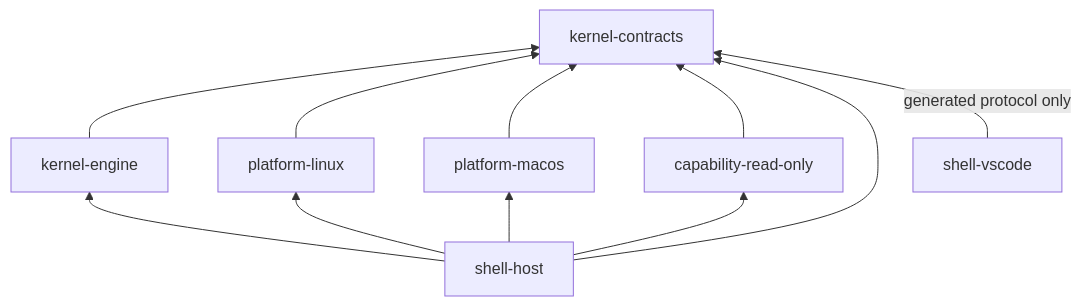
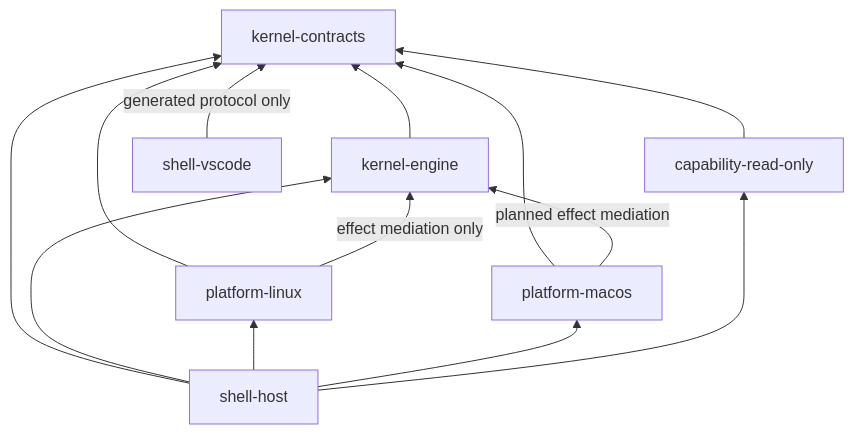
Before and after one commit to AaronNHorvitz/AgentMage: the first of 2 diagrams in docs/architecture/dependency-direction.md, drawn with Mermaid. The commit also changed other lines of this file and 22 other files, not shown here.

````diff
--- a/docs/architecture/dependency-direction.md
+++ b/docs/architecture/dependency-direction.md
@@ -11,14 +11,16 @@
 ```mermaid
 flowchart BT
     KC["kernel-contracts"]
     KE["kernel-engine"] --> KC
     PL["platform-linux"] --> KC
+    PL -->|"effect mediation only"| KE
     PM["platform-macos"] --> KC
+    PM -->|"planned effect mediation"| KE
     CR["capability-read-only"] --> KC
     SH["shell-host"] --> KC
     SH --> KE
     SH --> PL
     SH --> PM
     SH --> CR
     SV["shell-vscode"] -->|"generated protocol only"| KC
 ```
````
